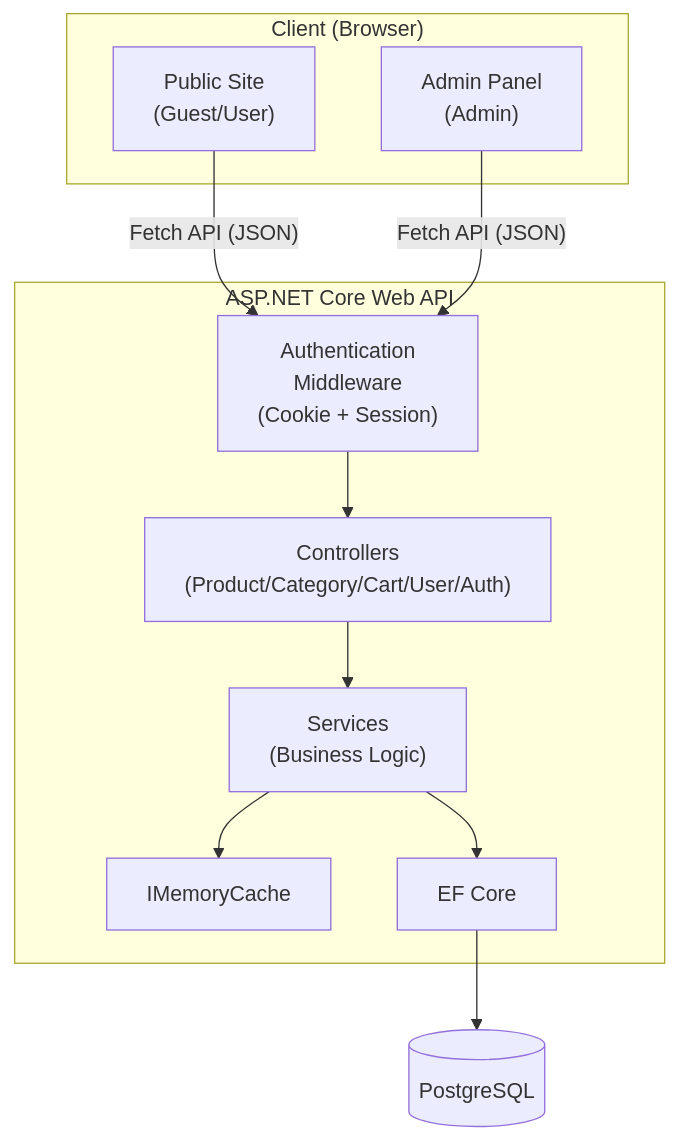
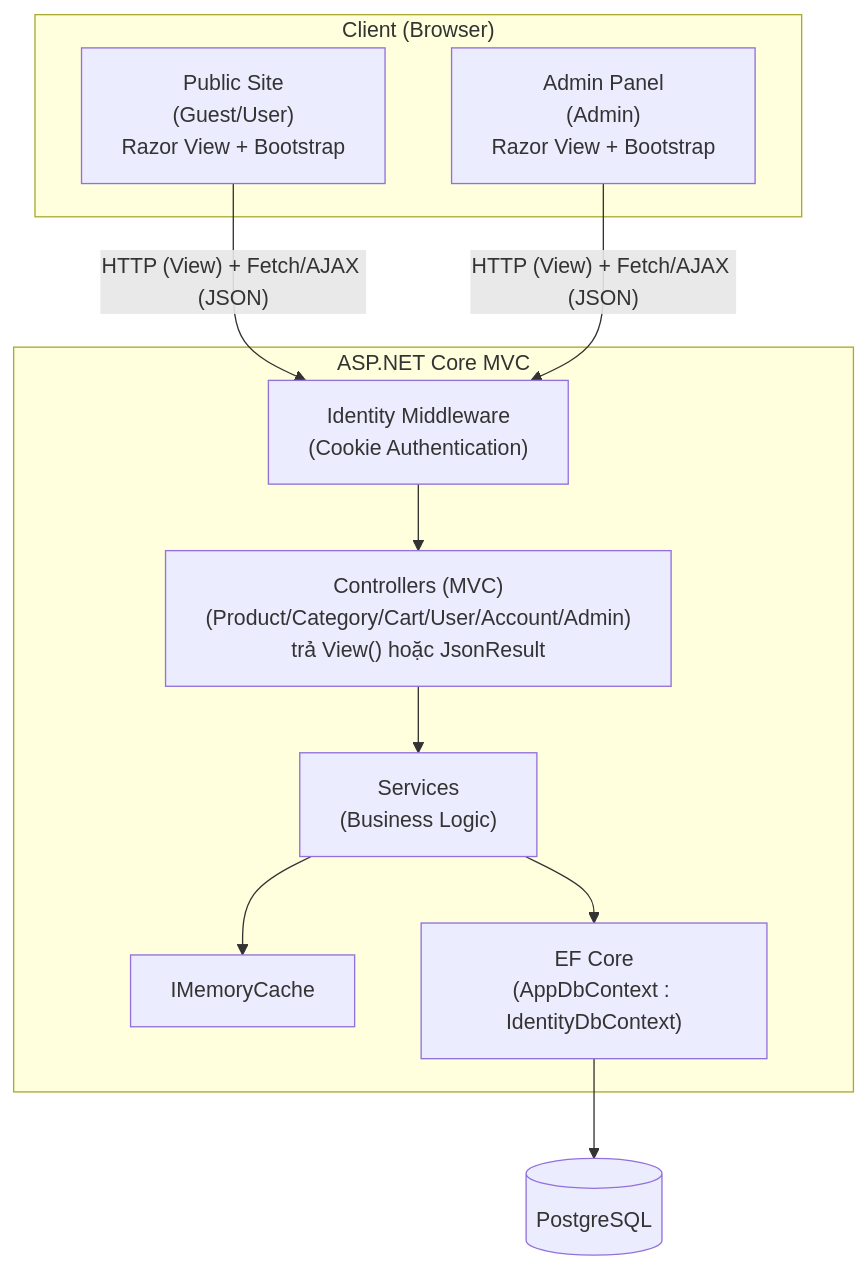
Before and after one commit to dangdinhphuong/IT38.BTL.005---N8---08---LT-Web-N-ng-Cao: the first of 6 diagrams in docs/SRS.md, drawn with Mermaid. The commit also changed other lines of this file and 100 other files, not shown here.

````diff
--- a/docs/SRS.md
+++ b/docs/SRS.md
@@ -160,25 +163,25 @@
 ```mermaid
 flowchart TB
     subgraph Client["Client (Browser)"]
-        Public["Public Site<br/>(Guest/User)"]
-        AdminUI["Admin Panel<br/>(Admin)"]
+        Public["Public Site<br/>(Guest/User)<br/>Razor View + Bootstrap"]
+        AdminUI["Admin Panel<br/>(Admin)<br/>Razor View + Bootstrap"]
     end
 
-    subgraph Server["ASP.NET Core Web API"]
-        AuthM["Authentication<br/>Middleware<br/>(Cookie + Session)"]
-        Controllers["Controllers<br/>(Product/Category/Cart/User/Auth)"]
+    subgraph Server["ASP.NET Core MVC"]
+        AuthM["Identity Middleware<br/>(Cookie Authentication)"]
+        Controllers["Controllers (MVC)<br/>(Product/Category/Cart/User/Account/Admin)<br/>trả View() hoặc JsonResult"]
         Services["Services<br/>(Business Logic)"]
         Cache["IMemoryCache"]
-        EF["EF Core"]
+        EF["EF Core<br/>(AppDbContext : IdentityDbContext)"]
     end
 
     DB[("PostgreSQL")]
 
-    Public -- "Fetch API (JSON)" --> AuthM
-    AdminUI -- "Fetch API (JSON)" --> AuthM
+    Public -- "HTTP (View) + Fetch/AJAX (JSON)" --> AuthM
+    AdminUI -- "HTTP (View) + Fetch/AJAX (JSON)" --> AuthM
     AuthM --> Controllers
     Controllers --> Services
     Services --> Cache
     Services --> EF
     EF --> DB
 ```
````
